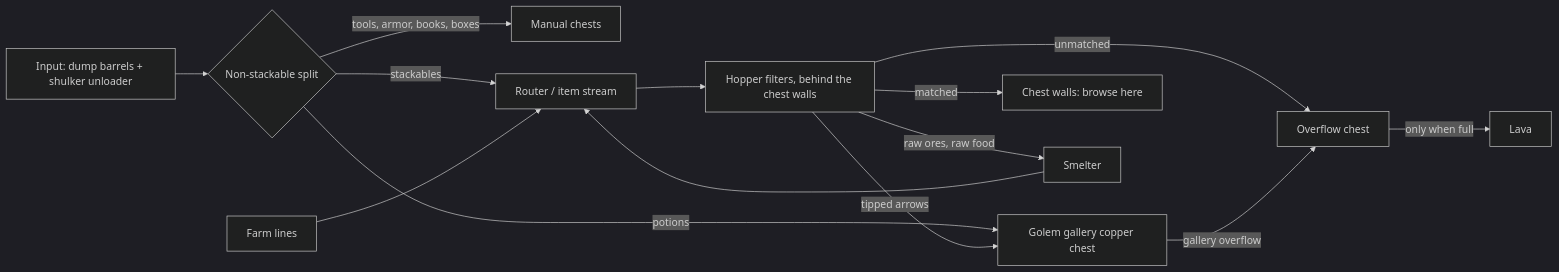
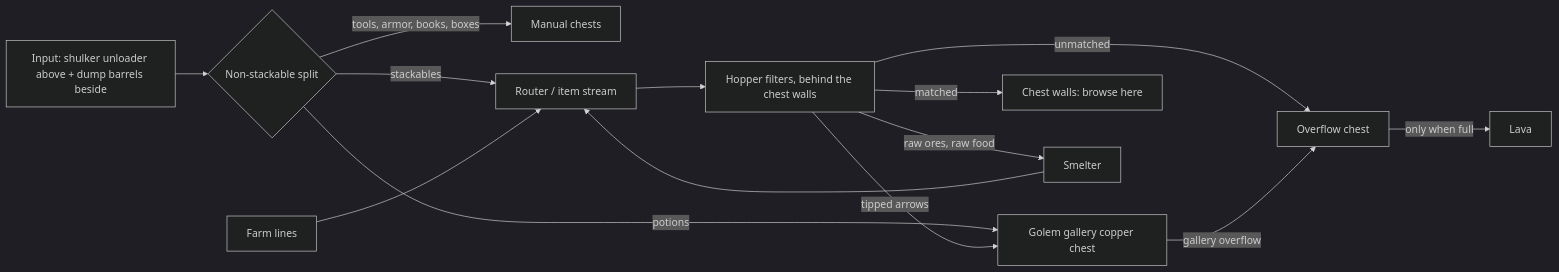
One commit to jeffmhopkins/Bleepbloop_City changed the diagram in plans/storage-layout.md. Above: the diagram before and after it, drawn with Mermaid (dark theme). The commit also changed other lines of this file and 6 other files, not shown here.

Commit message:
Storage: hall diagrams, two-sided wings, centered shulker unloader

````diff
--- a/plans/storage-layout.md
+++ b/plans/storage-layout.md
@@ -115,15 +118,15 @@
 ```mermaid
 flowchart LR
-    IN[Input: dump barrels + shulker unloader] --> NS{Non-stackable split}
+    IN[Input: shulker unloader above + dump barrels beside] --> NS{Non-stackable split}
     NS -->|tools, armor, books, boxes| MAN[Manual chests]
     NS -->|potions| GG[Golem gallery copper chest]
     NS -->|stackables| R[Router / item stream]
     FARM[Farm lines] --> R
     R --> F[Hopper filters, behind the chest walls]
     F -->|matched| CW[Chest walls: browse here]
     F -->|raw ores, raw food| SM[Smelter] --> R
     F -->|tipped arrows| GG
     F -->|unmatched| OV[Overflow chest]
     GG -->|gallery overflow| OV
     OV -->|only when full| LV[Lava]
 ```
````
